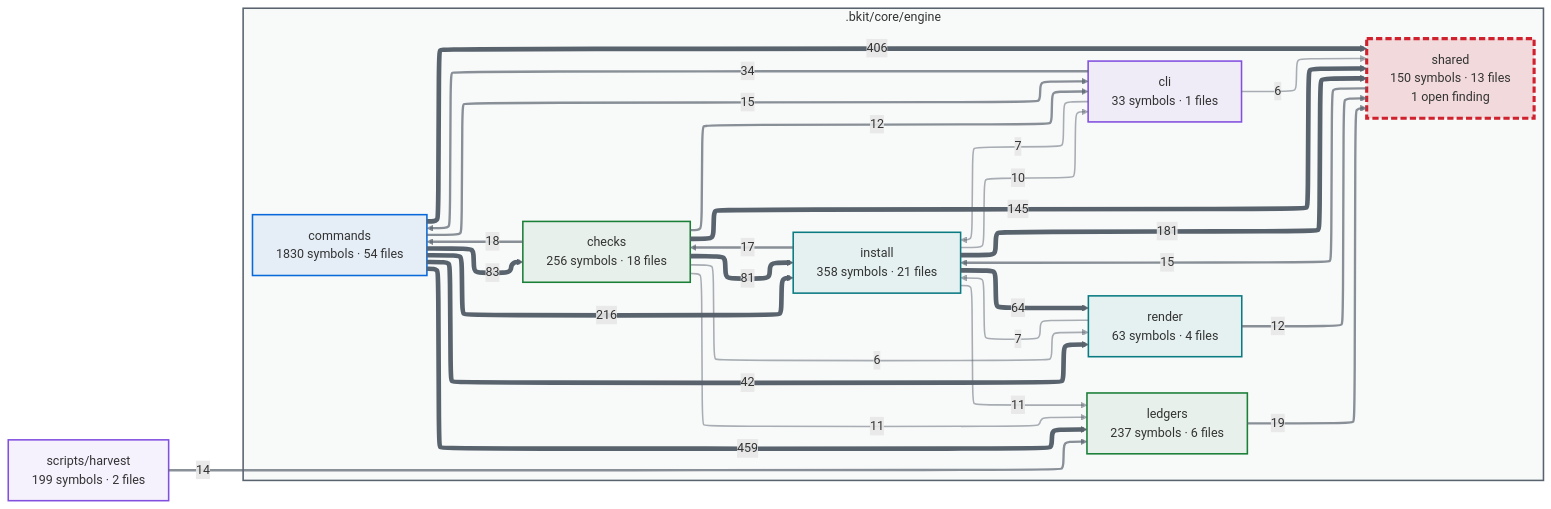
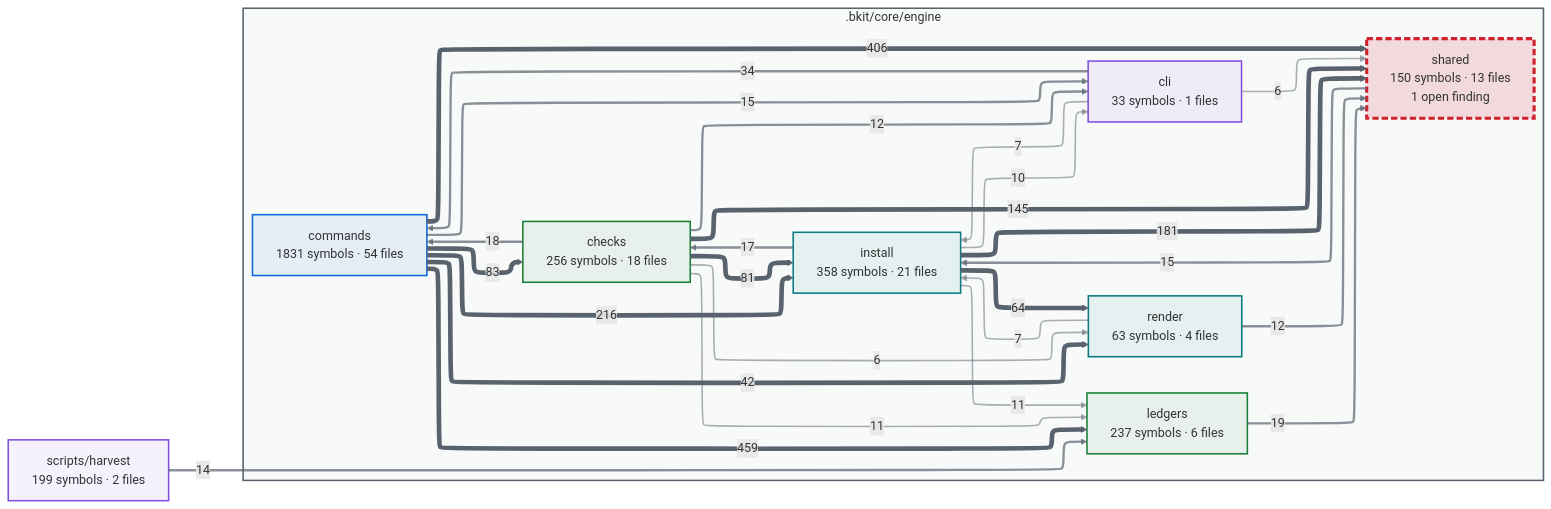
The first of 2 diagrams in docs/capabilities.md (cbartens/bkit), drawn with Mermaid before and after one commit. The commit also changed other lines of this file and 25 other files, not shown here.

````diff
--- a/docs/capabilities.md
+++ b/docs/capabilities.md
@@ -154,80 +154,80 @@
 ```mermaid
 ---
 config:
   layout: elk
   themeCSS: "marker { overflow: visible; } marker path { transform: scale(1.8); transform-origin: 5px 5px; }"
   flowchart:
     useMaxWidth: false
 ---
 flowchart LR
   %% Generated by bkit-graphify-rollup.py — do not edit
   subgraph gn_bkit_core_engine[".bkit/core/engine"]
     n_bkit_core_engine_checks["checks<br/>256 symbols · 18 files"]
     n_bkit_core_engine_cli["cli<br/>33 symbols · 1 files"]
-    n_bkit_core_engine_commands["commands<br/>1830 symbols · 54 files"]
+    n_bkit_core_engine_commands["commands<br/>1831 symbols · 54 files"]
     n_bkit_core_engine_install["install<br/>358 symbols · 21 files"]
     n_bkit_core_engine_ledgers["ledgers<br/>237 symbols · 6 files"]
     n_bkit_core_engine_render["render<br/>63 symbols · 4 files"]
     n_bkit_core_engine_shared["shared<br/>150 symbols · 13 files<br/>1 open finding"]
   end
   nscripts_harvest["scripts/harvest<br/>199 symbols · 2 files"]
   n_bkit_core_engine_commands -->|459| n_bkit_core_engine_ledgers
   n_bkit_core_engine_commands -->|406| n_bkit_core_engine_shared
   n_bkit_core_engine_commands -->|216| n_bkit_core_engine_install
   n_bkit_core_engine_install -->|181| n_bkit_core_engine_shared
   n_bkit_core_engine_checks -->|145| n_bkit_core_engine_shared
   n_bkit_core_engine_commands -->|83| n_bkit_core_engine_checks
   n_bkit_core_engine_checks -->|81| n_bkit_core_engine_install
   n_bkit_core_engine_install -->|64| n_bkit_core_engine_render
   n_bkit_core_engine_commands -->|42| n_bkit_core_engine_render
   n_bkit_core_engine_cli -->|34| n_bkit_core_engine_commands
   n_bkit_core_engine_ledgers -->|19| n_bkit_core_engine_shared
   n_bkit_core_engine_checks -->|18| n_bkit_core_engine_commands
   n_bkit_core_engine_install -->|17| n_bkit_core_engine_checks
   n_bkit_core_engine_shared -->|15| n_bkit_core_engine_install
   n_bkit_core_engine_commands -->|15| n_bkit_core_engine_cli
   nscripts_harvest -->|14| n_bkit_core_engine_ledgers
   n_bkit_core_engine_checks -->|12| n_bkit_core_engine_cli
   n_bkit_core_engine_render -->|12| n_bkit_core_engine_shared
   n_bkit_core_engine_checks -->|11| n_bkit_core_engine_ledgers
   n_bkit_core_engine_install -->|11| n_bkit_core_engine_ledgers
   n_bkit_core_engine_install -->|10| n_bkit_core_engine_cli
   n_bkit_core_engine_cli -->|7| n_bkit_core_engine_install
   n_bkit_core_engine_render -->|7| n_bkit_core_engine_install
   n_bkit_core_engine_checks -->|6| n_bkit_core_engine_render
   n_bkit_core_engine_cli -->|6| n_bkit_core_engine_shared
   style gn_bkit_core_engine fill:#59636e0a,stroke:#59636e,stroke-width:2px
   style n_bkit_core_engine_checks stroke:#1a7f37,stroke-width:2px,fill:#1a7f3714
   style n_bkit_core_engine_cli stroke:#8250df,stroke-width:2px,fill:#8250df14
   style n_bkit_core_engine_commands stroke:#0969da,stroke-width:2px,fill:#0969da14
   style n_bkit_core_engine_install stroke:#0a7b83,stroke-width:2px,fill:#0a7b8314
   style n_bkit_core_engine_ledgers stroke:#1a7f37,stroke-width:2px,fill:#1a7f3714
   style n_bkit_core_engine_render stroke:#0a7b83,stroke-width:2px,fill:#0a7b8314
   style n_bkit_core_engine_shared stroke:#cf222e,stroke-width:4px,stroke-dasharray:8 4,fill:#cf222e26
   style nscripts_harvest stroke:#8250df,stroke-width:2px,fill:#8250df14
   linkStyle 0 stroke:#59636e,stroke-width:6px
   linkStyle 1 stroke:#59636e,stroke-width:6px
   linkStyle 2 stroke:#59636e,stroke-width:6px
   linkStyle 3 stroke:#59636e,stroke-width:6px
   linkStyle 4 stroke:#59636e,stroke-width:6px
   linkStyle 5 stroke:#59636e,stroke-width:6px
   linkStyle 6 stroke:#59636e,stroke-width:6px
   linkStyle 7 stroke:#59636e,stroke-width:6px
   linkStyle 8 stroke:#59636e,stroke-width:6px
   linkStyle 9 stroke:#59636eb3,stroke-width:3px
   linkStyle 10 stroke:#59636eb3,stroke-width:3px
   linkStyle 11 stroke:#59636eb3,stroke-width:3px
   linkStyle 12 stroke:#59636eb3,stroke-width:3px
   linkStyle 13 stroke:#59636eb3,stroke-width:3px
   linkStyle 14 stroke:#59636eb3,stroke-width:3px
   linkStyle 15 stroke:#59636eb3,stroke-width:3px
   linkStyle 16 stroke:#59636eb3,stroke-width:3px
   linkStyle 17 stroke:#59636eb3,stroke-width:3px
   linkStyle 18 stroke:#59636e80,stroke-width:2px
   linkStyle 19 stroke:#59636e80,stroke-width:2px
   linkStyle 20 stroke:#59636e80,stroke-width:2px
   linkStyle 21 stroke:#59636e80,stroke-width:2px
   linkStyle 22 stroke:#59636e80,stroke-width:2px
   linkStyle 23 stroke:#59636e80,stroke-width:2px
   linkStyle 24 stroke:#59636e80,stroke-width:2px
 ```
````
